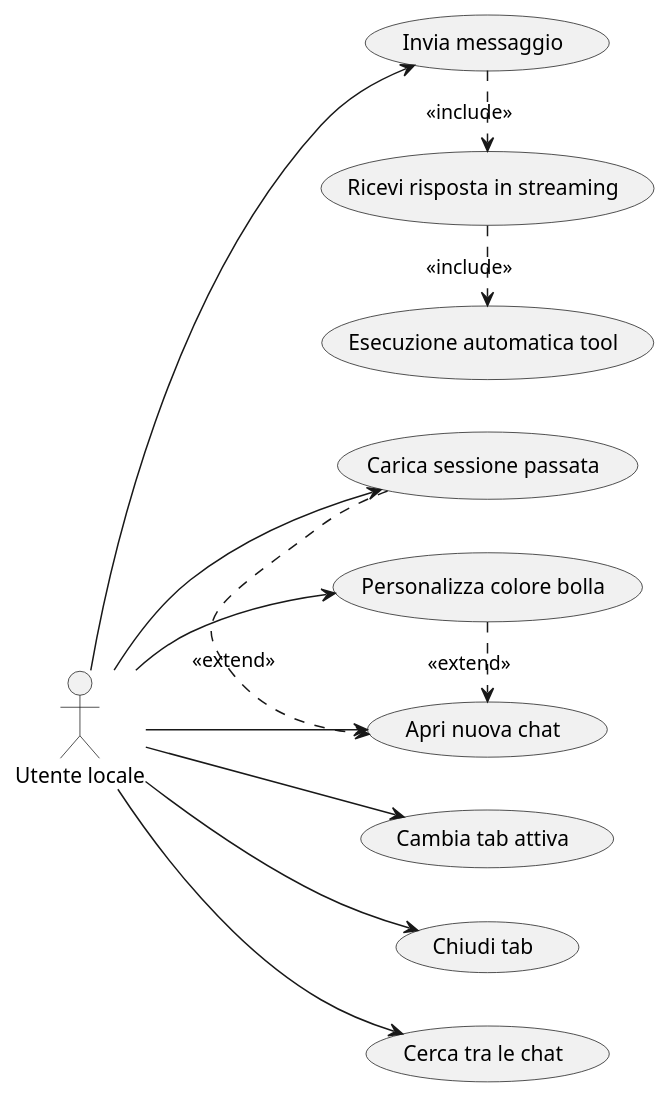
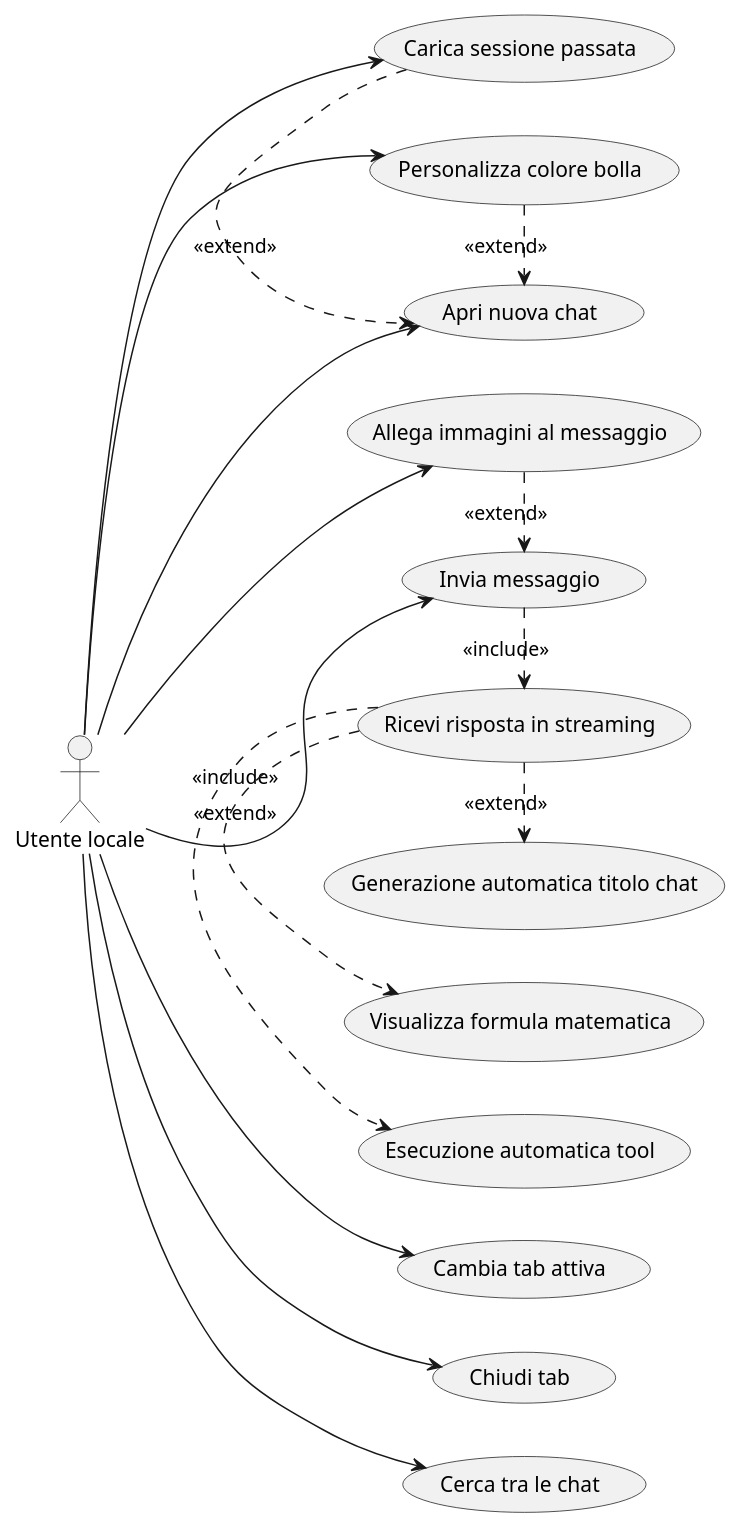
Before and after one commit to AlbertoBruscoliniMain/RaxeusAI: the first of 2 diagrams in REQUISITI_PROGETTO.md, drawn with PlantUML. The commit also changed other lines of this file, not shown here.

First line of the commit message:
Requisiti: aggiornamento completo con KaTeX, titolo smart e RaxeusLyric

````diff
--- a/REQUISITI_PROGETTO.md
+++ b/REQUISITI_PROGETTO.md
@@ -145,20 +155,24 @@
 ```plantuml
 @startuml uc
 left to right direction
 actor "Utente locale" as Utente
 
 Utente --> (Invia messaggio)
 Utente --> (Apri nuova chat)
 Utente --> (Cambia tab attiva)
 Utente --> (Chiudi tab)
 Utente --> (Cerca tra le chat)
 Utente --> (Personalizza colore bolla)
 Utente --> (Carica sessione passata)
+Utente --> (Allega immagini al messaggio)
 
 (Invia messaggio) .> (Ricevi risposta in streaming) : <<include>>
 (Ricevi risposta in streaming) .> (Esecuzione automatica tool) : <<include>>
+(Ricevi risposta in streaming) .> (Visualizza formula matematica) : <<extend>>
+(Ricevi risposta in streaming) .> (Generazione automatica titolo chat) : <<extend>>
 
 (Carica sessione passata) .> (Apri nuova chat) : <<extend>>
 (Personalizza colore bolla) .> (Apri nuova chat) : <<extend>>
+(Allega immagini al messaggio) .> (Invia messaggio) : <<extend>>
 @enduml
 ```
````
